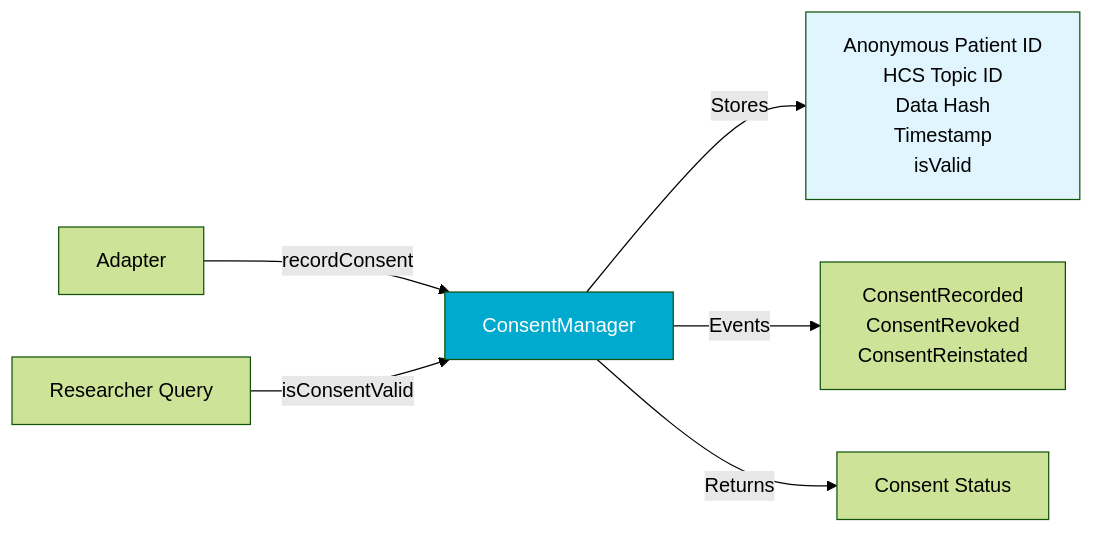
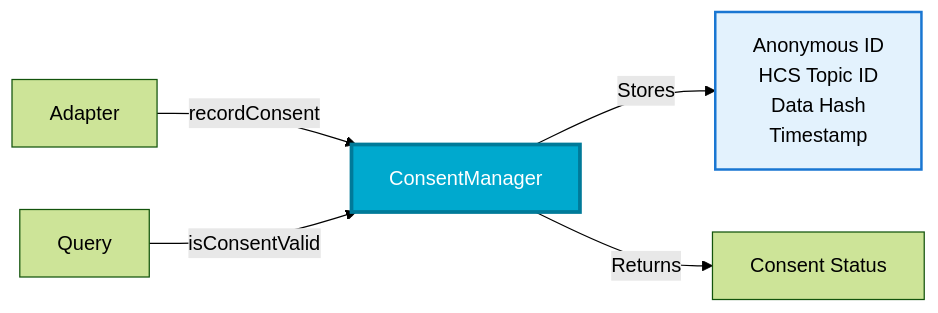
Before and after one commit to najuna-brian/medipact: the sixth of 9 diagrams in README.md, drawn with Mermaid (forest theme). The commit also changed other lines of this file, not shown here.

````diff
--- a/README.md
+++ b/README.md
@@ -281,12 +272,10 @@
 ```mermaid
 graph LR
     A[Adapter] -->|recordConsent| B[ConsentManager]
-    B -->|Stores| C[Anonymous Patient ID<br/>HCS Topic ID<br/>Data Hash<br/>Timestamp<br/>isValid]
-    B -->|Events| D[ConsentRecorded<br/>ConsentRevoked<br/>ConsentReinstated]
-    
-    E[Researcher Query] -->|isConsentValid| B
+    B -->|Stores| C[Anonymous ID<br/>HCS Topic ID<br/>Data Hash<br/>Timestamp]
+    E[Query] -->|isConsentValid| B
     B -->|Returns| F[Consent Status]
     
-    style B fill:#00A9CE,color:#fff
-    style C fill:#e1f5ff
+    style B fill:#00A9CE,color:#fff,stroke:#007A99,stroke-width:3px
+    style C fill:#E3F2FD,stroke:#1976D2,stroke-width:2px
 ```
````
